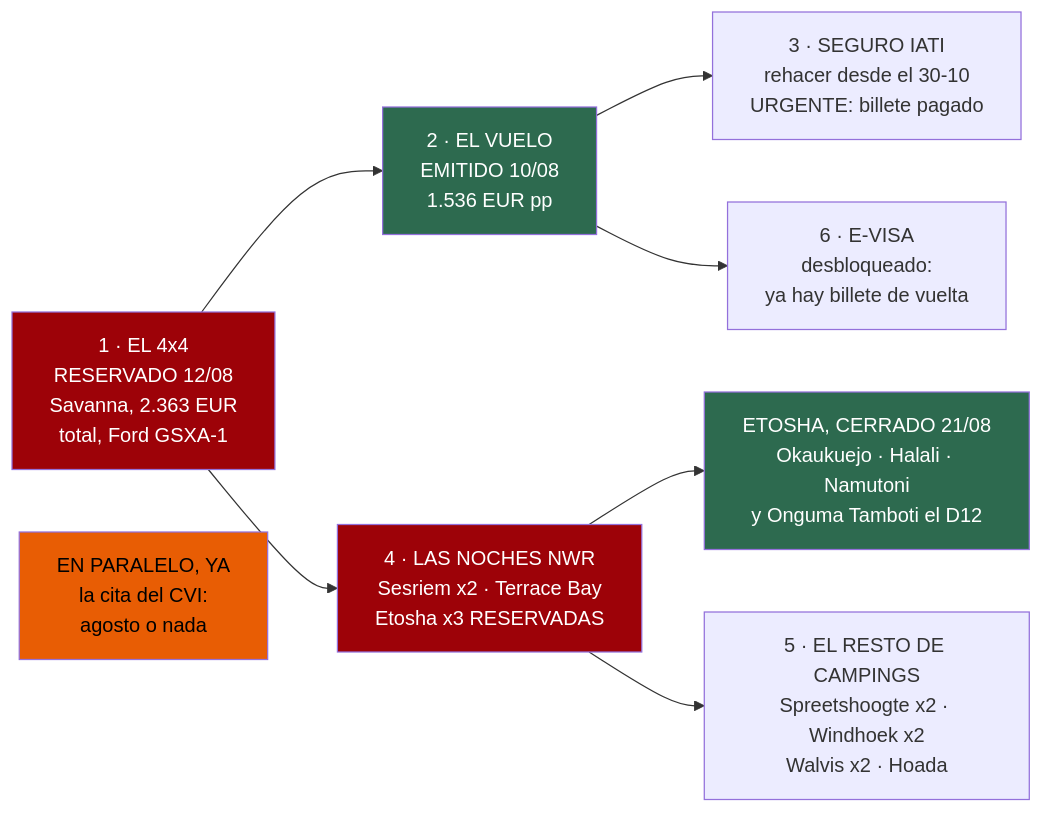
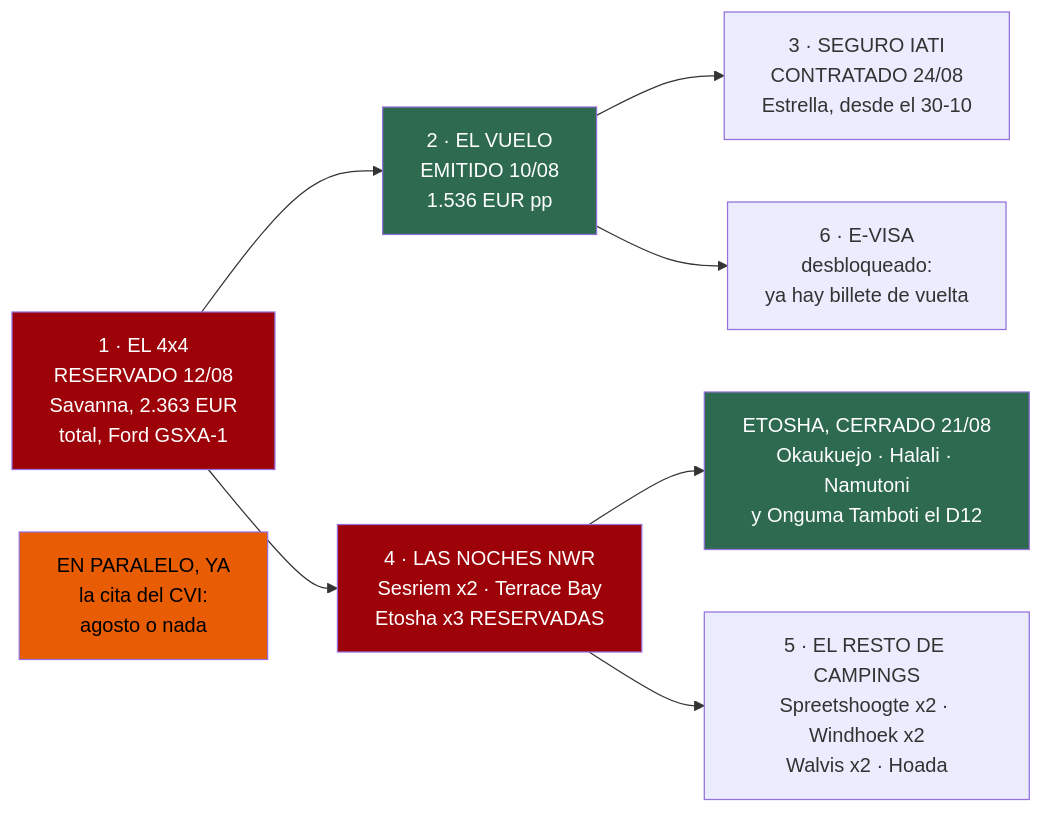
One commit to morandeirachema/namibia changed the diagram in 20-reservas.md. Above: the diagram before and after it, drawn with Mermaid. The commit also changed other lines of this file and 5 other files, not shown here.

````diff
--- a/20-reservas.md
+++ b/20-reservas.md
@@ -32,16 +32,16 @@
 ```mermaid
 flowchart LR
 %% ancho
     C["1 · EL 4x4<br/>RESERVADO 12/08<br/>Savanna, 2.363 EUR<br/>total, Ford GSXA-1"] --> V["2 · EL VUELO<br/>EMITIDO 10/08<br/>1.536 EUR pp"]
-    V --> S["3 · SEGURO IATI<br/>rehacer desde el 30-10<br/>URGENTE: billete pagado"]
+    V --> S["3 · SEGURO IATI<br/>CONTRATADO 24/08<br/>Estrella, desde el 30-10"]
     V --> E["6 · E-VISA<br/>desbloqueado:<br/>ya hay billete de vuelta"]
     C --> N["4 · LAS NOCHES NWR<br/>Sesriem x2 · Terrace Bay<br/>Etosha x3 RESERVADAS"]
     N --> Y["ETOSHA, CERRADO 21/08<br/>Okaukuejo · Halali · Namutoni<br/>y Onguma Tamboti el D12"]
     N --> R["5 · EL RESTO DE CAMPINGS<br/>Spreetshoogte x2 · Windhoek x2<br/>Walvis x2 · Hoada"]
     P["EN PARALELO, YA<br/>la cita del CVI:<br/>agosto o nada"]
     style C fill:#9d0208,color:#fff
     style V fill:#2d6a4f,color:#fff
     style N fill:#9d0208,color:#fff
     style Y fill:#2d6a4f,color:#fff
     style P fill:#e85d04,color:#000
 ```
````
